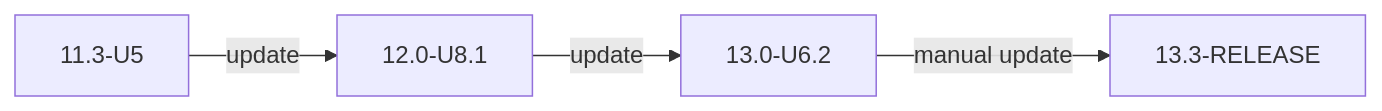
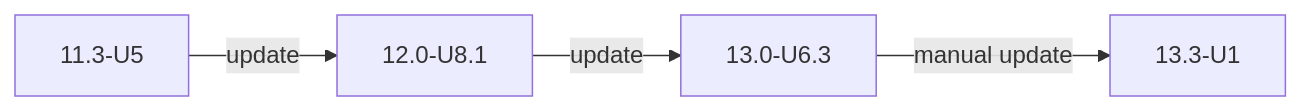
One commit to truenas/documentation changed the first of 2 diagrams in static/includes/COREUpgradePaths.md. Above: the diagram before and after it, drawn with Mermaid. The commit also changed other lines of this file and 2 other files, not shown here.

Commit message:
PD-1611: master branch followups

```diff
--- a/static/includes/COREUpgradePaths.md
+++ b/static/includes/COREUpgradePaths.md
@@ -12,6 +12,6 @@
       {{< mermaid class="mermaid_sizing" >}}
       flowchart LR
       A["11.3-U5"] -->|update| B["12.0-U8.1"]
-      B -->|update| C["13.0-U6.2"]
-      C -->|manual update| D["13.3-RELEASE"]
+      B -->|update| C["13.0-U6.3"]
+      C -->|manual update| D["13.3-U1"]
       {{< /mermaid >}}
```
